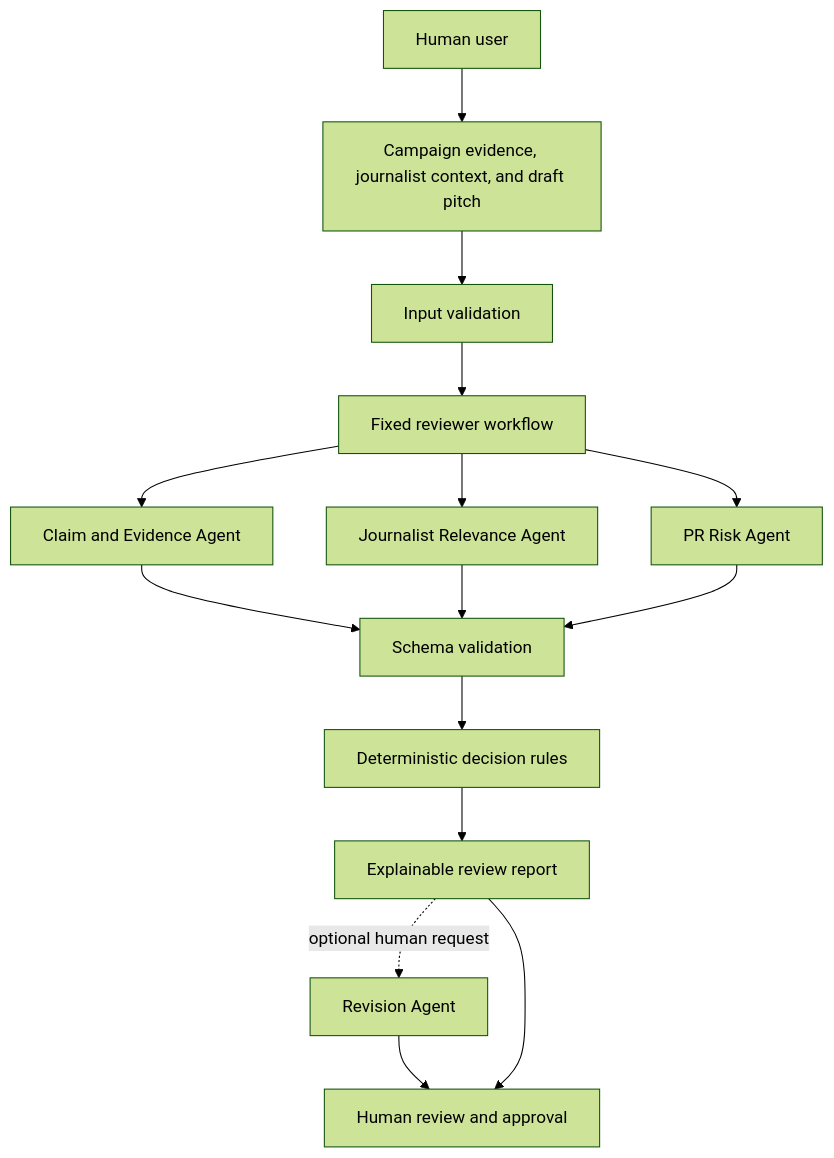
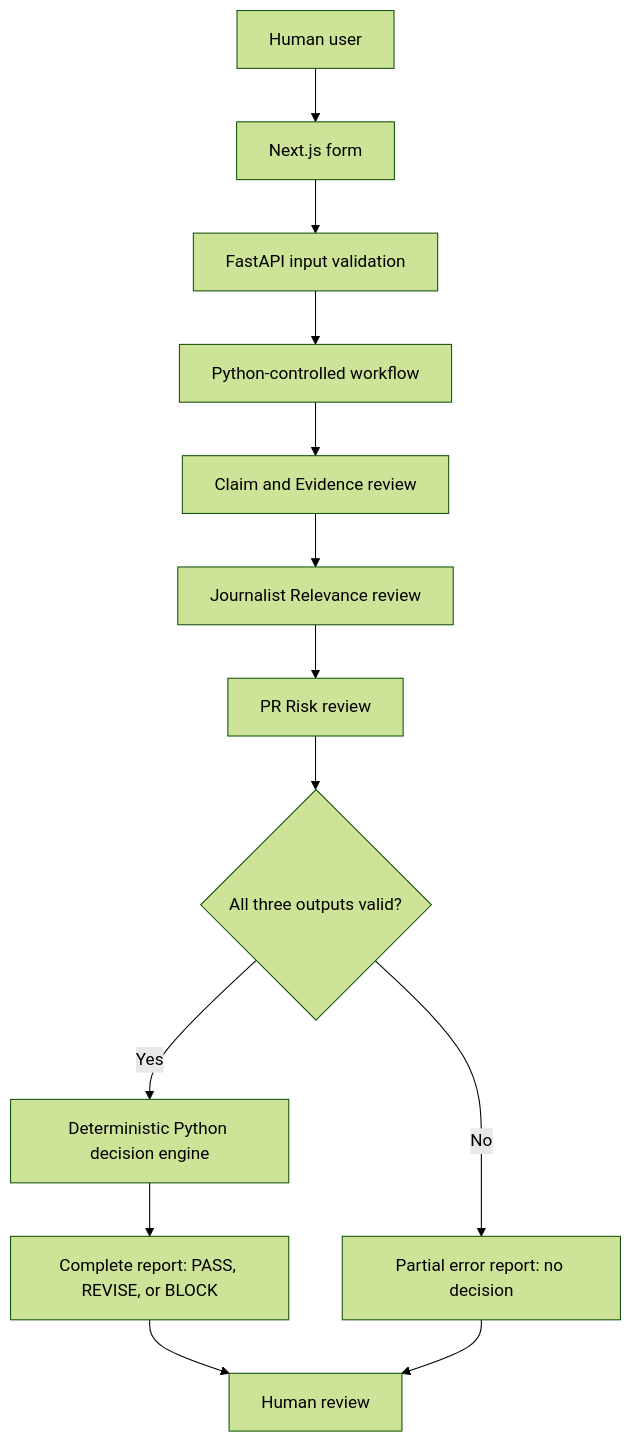
The diagram in README.md (omaro72/PitchGuard), drawn with Mermaid (forest theme) before and after one commit. The commit also changed other lines of this file and 20 other files, not shown here.

````diff
--- a/README.md
+++ b/README.md
@@ -131,17 +110,15 @@
 ```mermaid
 flowchart TD
-    U[Human user] --> I[Campaign evidence, journalist context, and draft pitch]
-    I --> V[Input validation]
-    V --> O[Fixed reviewer workflow]
-    O --> C[Claim and Evidence Agent]
-    O --> J[Journalist Relevance Agent]
-    O --> R[PR Risk Agent]
-    C --> S[Schema validation]
-    J --> S
-    R --> S
-    S --> D[Deterministic decision rules]
-    D --> F[Explainable review report]
-    F -. optional human request .-> X[Revision Agent]
-    X --> H[Human review and approval]
-    F --> H
+    U[Human user] --> F[Next.js form]
+    F --> A[FastAPI input validation]
+    A --> W[Python-controlled workflow]
+    W --> E[Claim and Evidence review]
+    E --> J[Journalist Relevance review]
+    J --> R[PR Risk review]
+    R --> V{All three outputs valid?}
+    V -- Yes --> D[Deterministic Python decision engine]
+    D --> C[Complete report: PASS, REVISE, or BLOCK]
+    V -- No --> P[Partial error report: no decision]
+    C --> H[Human review]
+    P --> H
 ```
````
